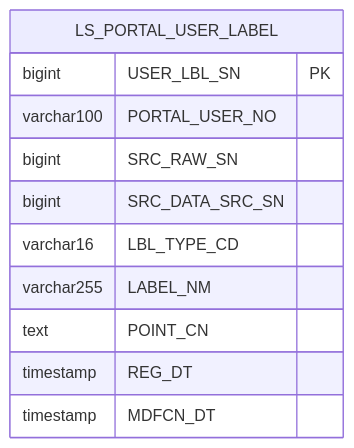
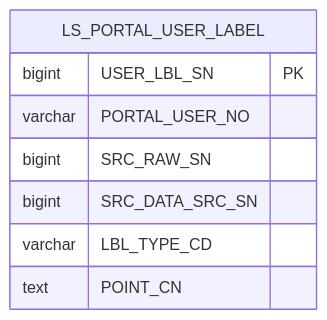
One commit to New-stella/klid-label changed the tenth of 13 diagrams in docs/design/D8-엔티티관계모형설계서.md. Above: the diagram before and after it, drawn with Mermaid. The commit also changed other lines of this file and 6 other files, not shown here.

````diff
--- a/docs/design/D8-엔티티관계모형설계서.md
+++ b/docs/design/D8-엔티티관계모형설계서.md
@@ -445,14 +328,11 @@
 ```mermaid
 erDiagram
     LS_PORTAL_USER_LABEL {
         bigint USER_LBL_SN PK
-        varchar100 PORTAL_USER_NO
+        varchar PORTAL_USER_NO
         bigint SRC_RAW_SN
         bigint SRC_DATA_SRC_SN
-        varchar16 LBL_TYPE_CD
-        varchar255 LABEL_NM
+        varchar LBL_TYPE_CD
         text POINT_CN
-        timestamp REG_DT
-        timestamp MDFCN_DT
     }
 ```
````
